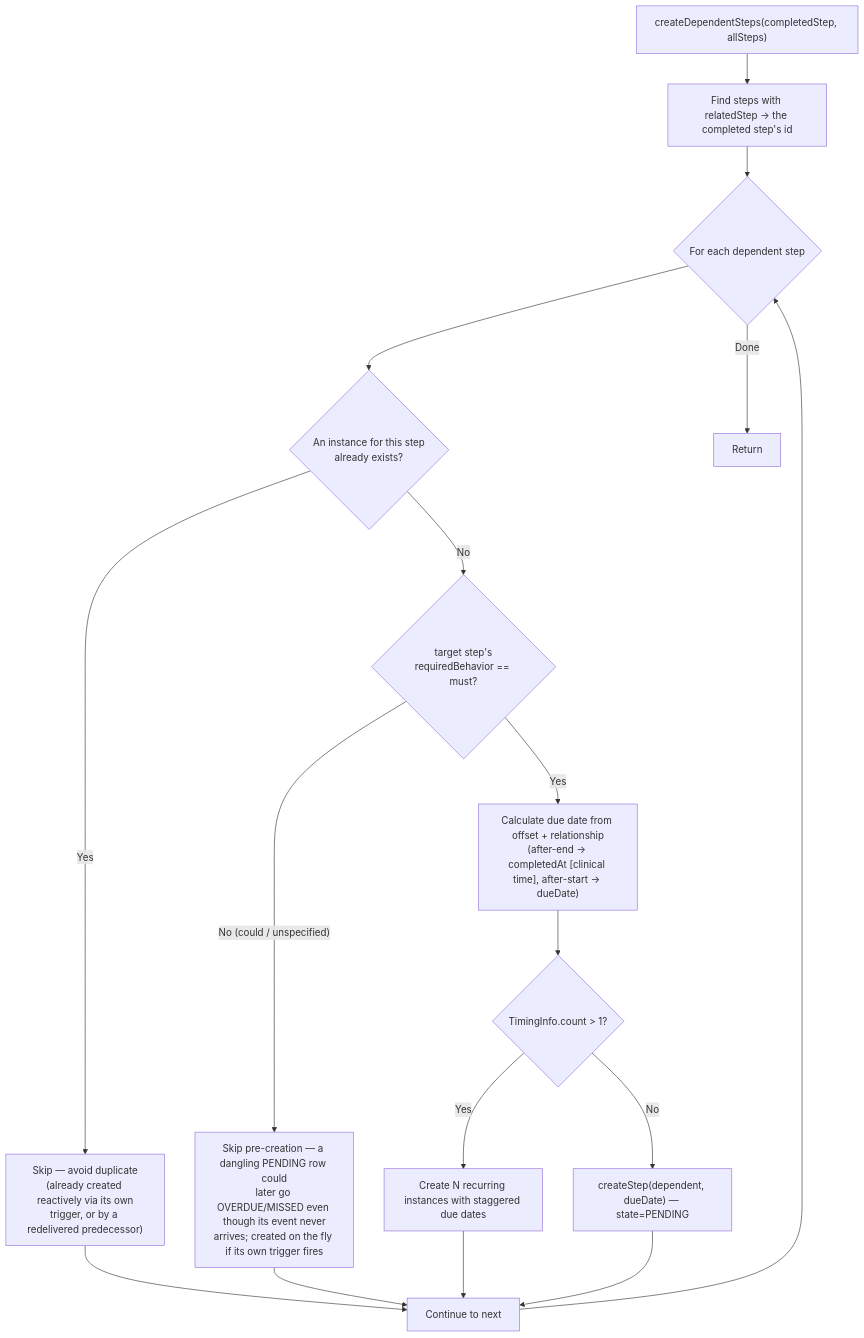
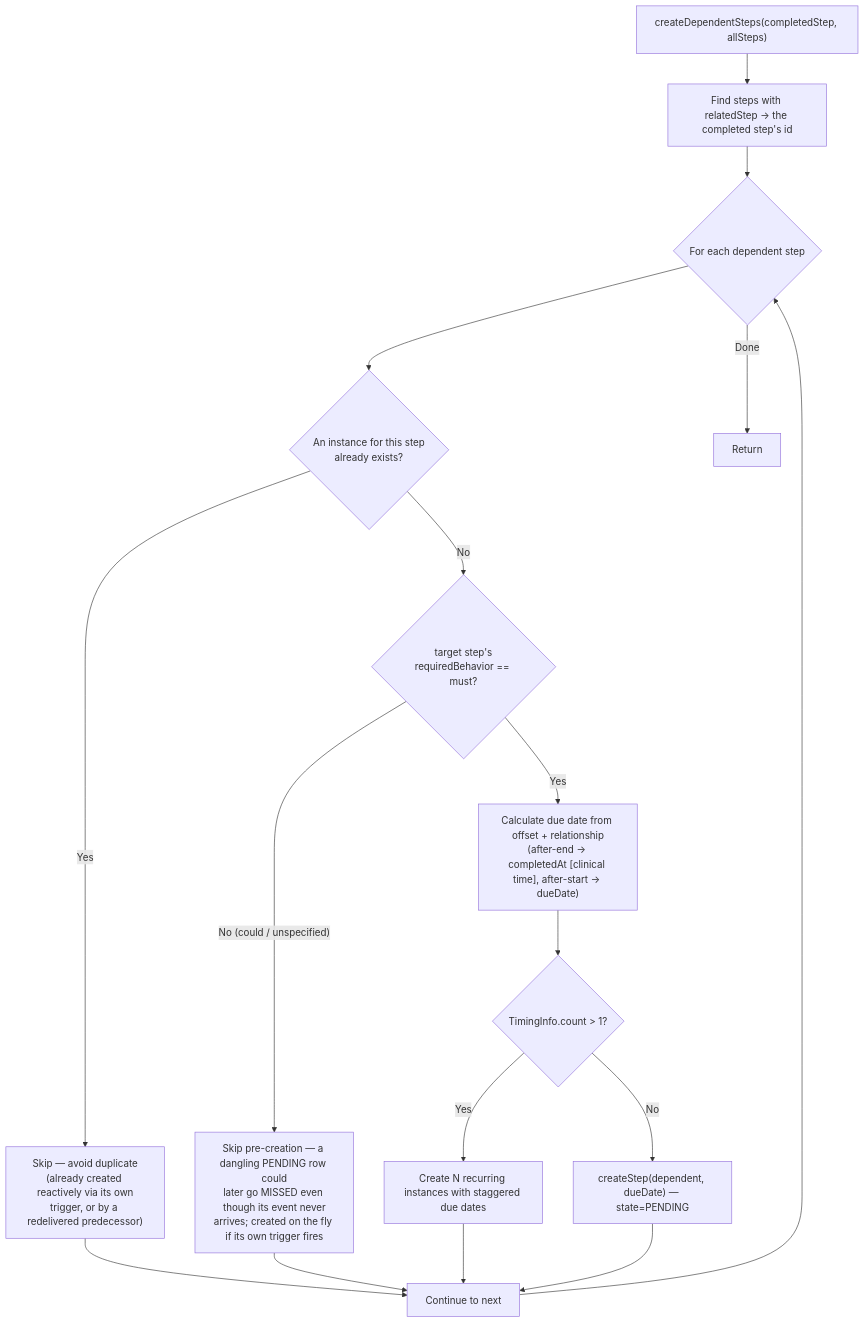
Diagram 11 of 12 in docs/flow-diagrams.md (Jayaprakash8887/cce-compliance-service), drawn with Mermaid before and after one commit. The commit also changed other lines of this file and 17 other files, not shown here.

````diff
--- a/docs/flow-diagrams.md
+++ b/docs/flow-diagrams.md
@@ -535,21 +532,21 @@
 ```mermaid
 flowchart TD
     START["createDependentSteps(completedStep, allSteps)"] --> FIND["Find steps with relatedStep → the completed step's id"]
     FIND --> LOOP{"For each dependent step"}
     LOOP --> DEDUP{"An instance for this step<br/>already exists?"}
     DEDUP -->|"Yes"| SKIP["Skip — avoid duplicate<br/>(already created reactively via its own<br/>trigger, or by a redelivered predecessor)"]
     DEDUP -->|"No"| MUST{"target step's<br/>requiredBehavior == must?"}
-    MUST -->|"No (could / unspecified)"| SKIP2["Skip pre-creation — a dangling PENDING row could<br/>later go OVERDUE/MISSED even though its event never<br/>arrives; created on the fly if its own trigger fires"]
+    MUST -->|"No (could / unspecified)"| SKIP2["Skip pre-creation — a dangling PENDING row could<br/>later go MISSED even though its event never<br/>arrives; created on the fly if its own trigger fires"]
     MUST -->|"Yes"| CALC["Calculate due date from offset + relationship<br/>(after-end → completedAt [clinical time], after-start → dueDate)"]
     CALC --> RECURRING{"TimingInfo.count > 1?"}
 
     RECURRING -->|"Yes"| MULTI["Create N recurring instances with staggered due dates"]
     RECURRING -->|"No"| SINGLE["createStep(dependent, dueDate) — state=PENDING"]
 
     MULTI --> NEXT["Continue to next"]
     SINGLE --> NEXT
     SKIP --> NEXT
     SKIP2 --> NEXT
     NEXT --> LOOP
     LOOP -->|"Done"| END["Return"]
 ```
````
